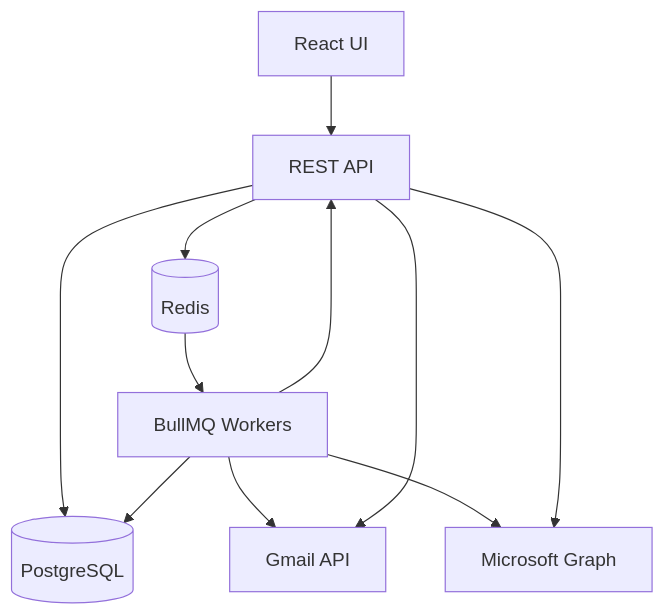
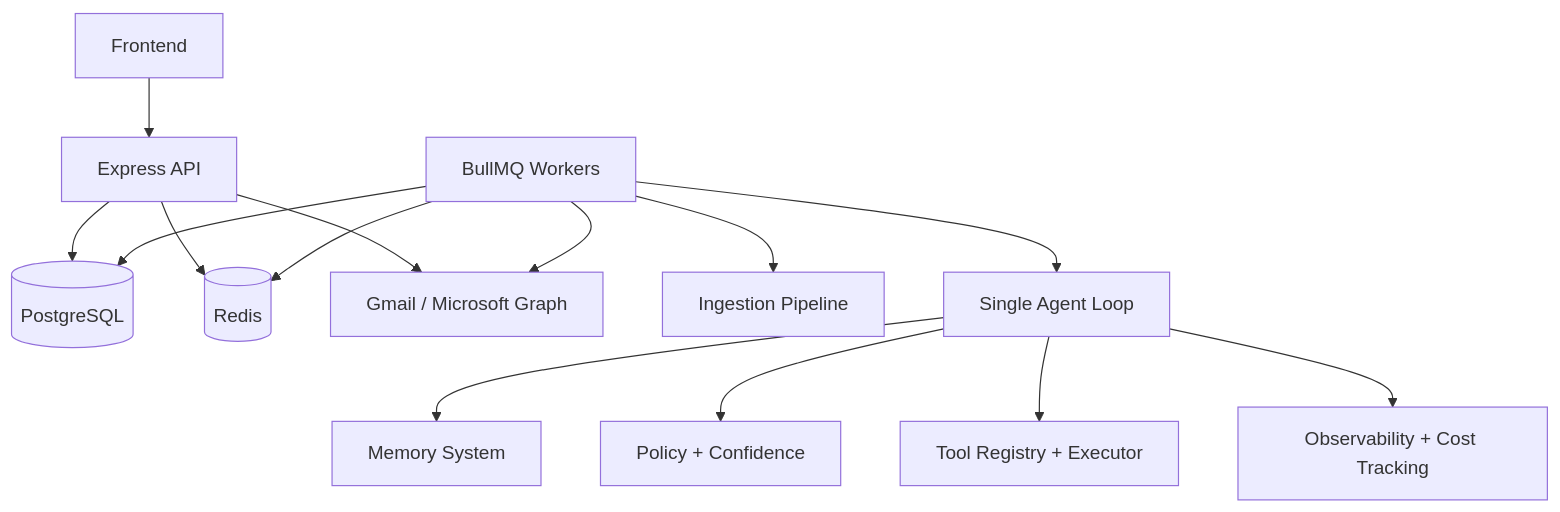
Before and after one commit to Krishnav1237/agentic-mail: the first of 3 diagrams in docs/ARCHITECTURE.md, drawn with Mermaid. The commit also changed other lines of this file and 56 other files, not shown here.

Commit message:
feat: full system synchronization including agent workflows, memories, and enhanced frontend overhaul

````diff
--- a/docs/ARCHITECTURE.md
+++ b/docs/ARCHITECTURE.md
@@ -15,13 +85,16 @@
 ```mermaid
 graph TD
-  UI["React UI"] --> API["REST API"]
+  UI["Frontend"] --> API["Express API"]
   API --> DB[(PostgreSQL)]
   API --> Redis[(Redis)]
-  Redis --> Workers["BullMQ Workers"]
-  Workers --> API
-  Workers --> DB
-  Workers --> Gmail["Gmail API"]
-  Workers --> Graph["Microsoft Graph"]
-  API --> Gmail
-  API --> Graph
+  API --> Providers["Gmail / Microsoft Graph"]
+  Workers["BullMQ Workers"] --> DB
+  Workers --> Redis
+  Workers --> Providers
+  Workers --> Ingestion["Ingestion Pipeline"]
+  Workers --> Agent["Single Agent Loop"]
+  Agent --> Memory["Memory System"]
+  Agent --> Policy["Policy + Confidence"]
+  Agent --> Tools["Tool Registry + Executor"]
+  Agent --> Obs["Observability + Cost Tracking"]
 ```
````
